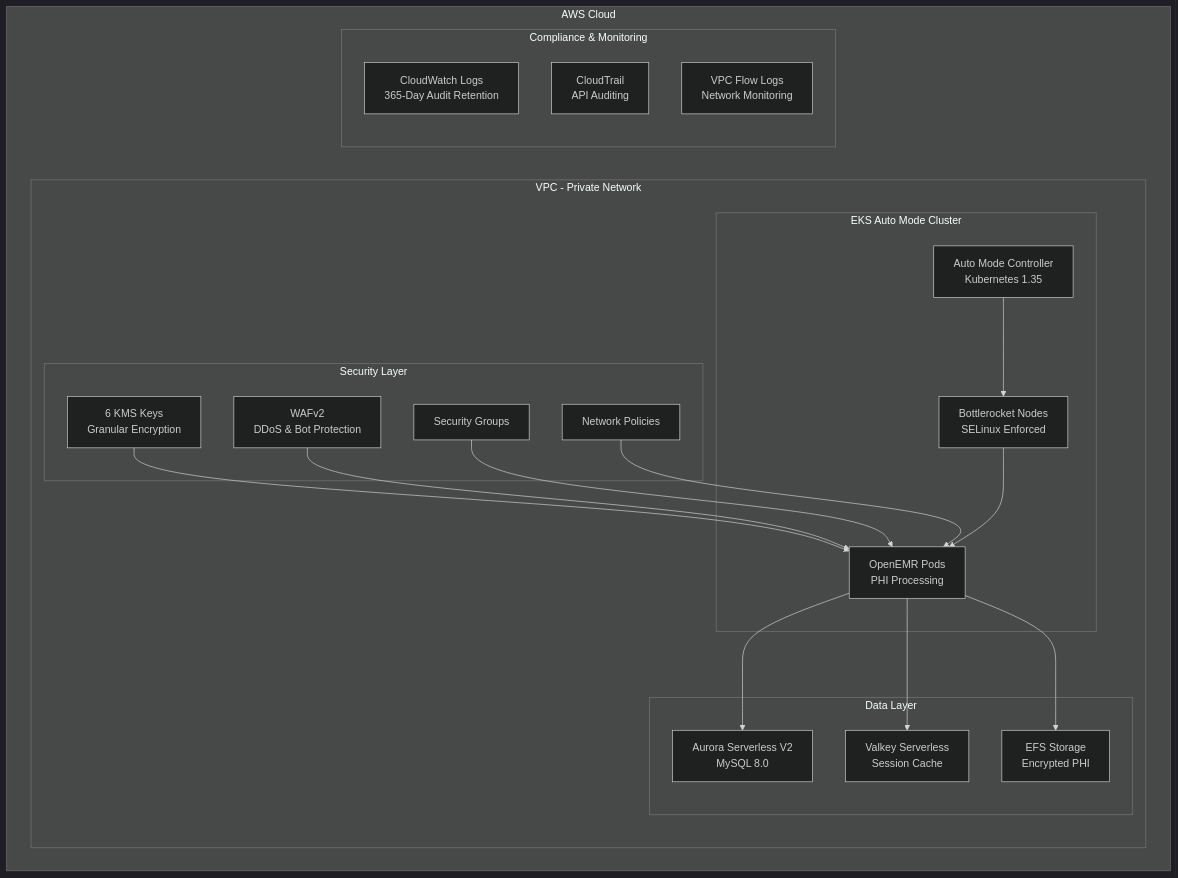
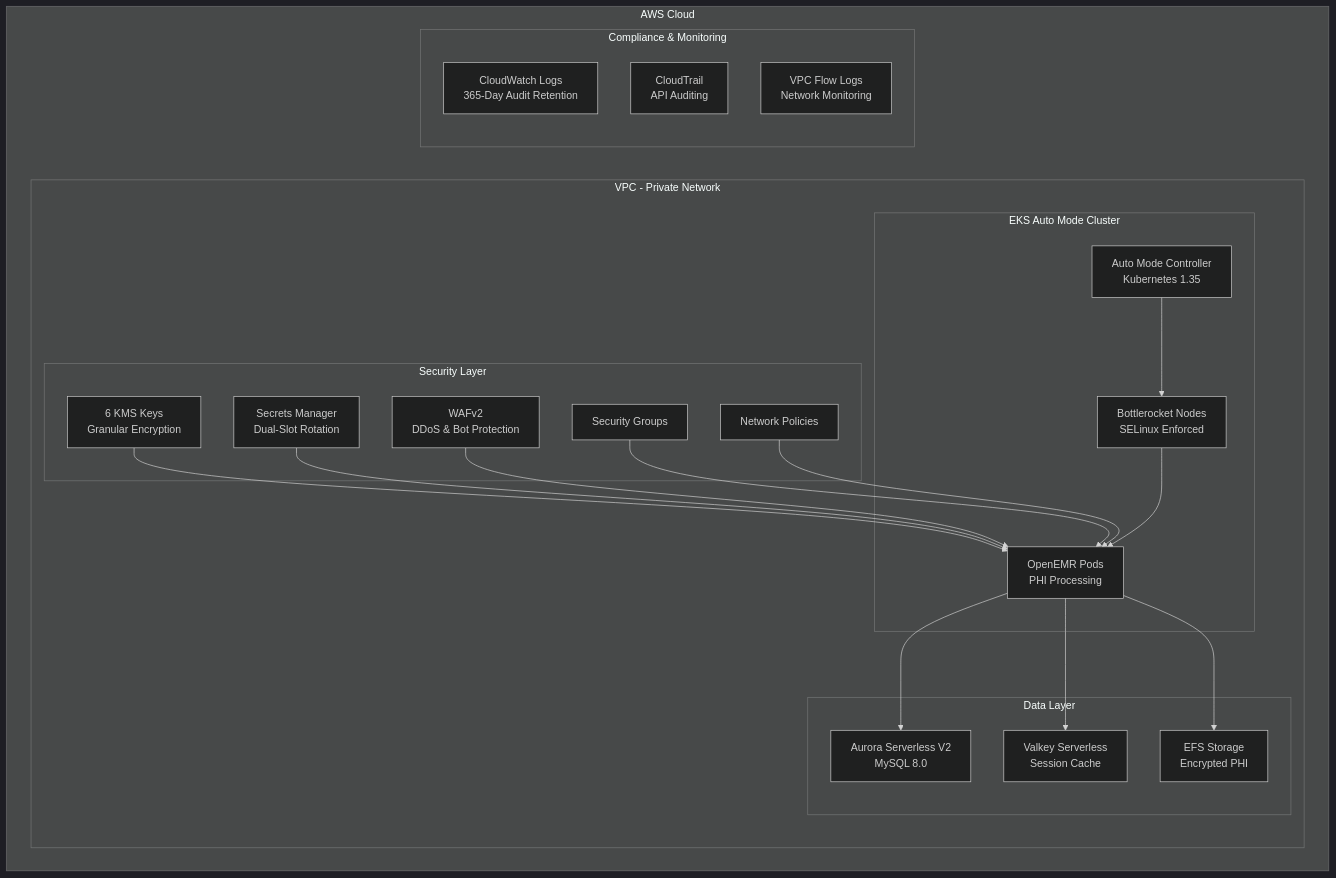
The diagram in README.md (Jmevorach/openemr-on-eks), drawn with Mermaid (dark theme) before and after one commit. The commit also changed other lines of this file and 86 other files, not shown here.

````diff
--- a/README.md
+++ b/README.md
@@ -328,41 +329,43 @@
 ```mermaid
 graph TB
     subgraph "AWS Cloud"
         subgraph "VPC - Private Network"
             subgraph "EKS Auto Mode Cluster"
                 AM[Auto Mode Controller<br/>Kubernetes 1.35]
                 BN[Bottlerocket Nodes<br/>SELinux Enforced]
                 OP[OpenEMR Pods<br/>PHI Processing]
             end
 
             subgraph "Data Layer"
                 RDS[Aurora Serverless V2<br/>MySQL 8.0]
                 CACHE[Valkey Serverless<br/>Session Cache]
                 EFS[EFS Storage<br/>Encrypted PHI]
             end
 
             subgraph "Security Layer"
                 KMS[6 KMS Keys<br/>Granular Encryption]
+                SM[Secrets Manager<br/>Dual-Slot Rotation]
                 SG[Security Groups]
                 NP[Network Policies]
                 WAF[WAFv2<br/>DDoS & Bot Protection]
             end
         end
 
         subgraph "Compliance & Monitoring"
             CW[CloudWatch Logs<br/>365-Day Audit Retention]
             CT[CloudTrail<br/>API Auditing]
             VFL[VPC Flow Logs<br/>Network Monitoring]
         end
     end
 
     OP --> RDS
     OP --> CACHE
     OP --> EFS
     AM --> BN
     KMS --> OP
+    SM --> OP
     BN --> OP
     WAF --> OP
     SG --> OP
     NP --> OP
 ```
````
